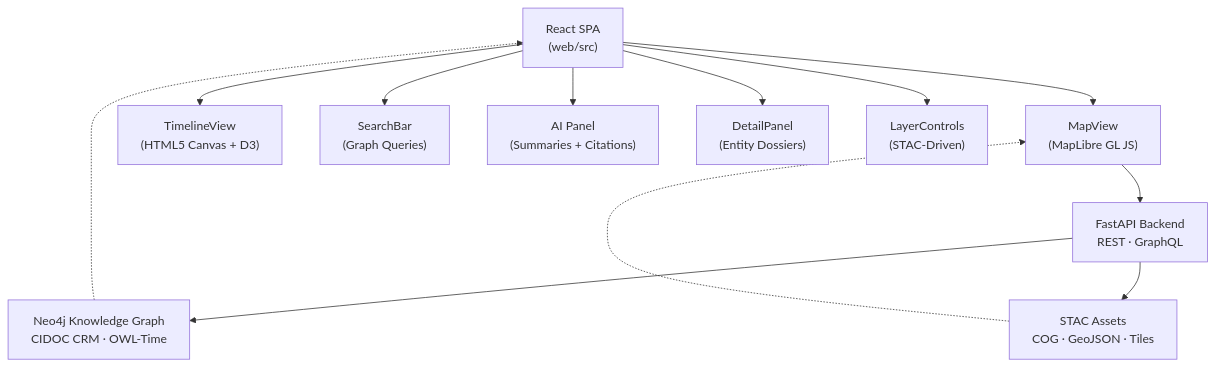
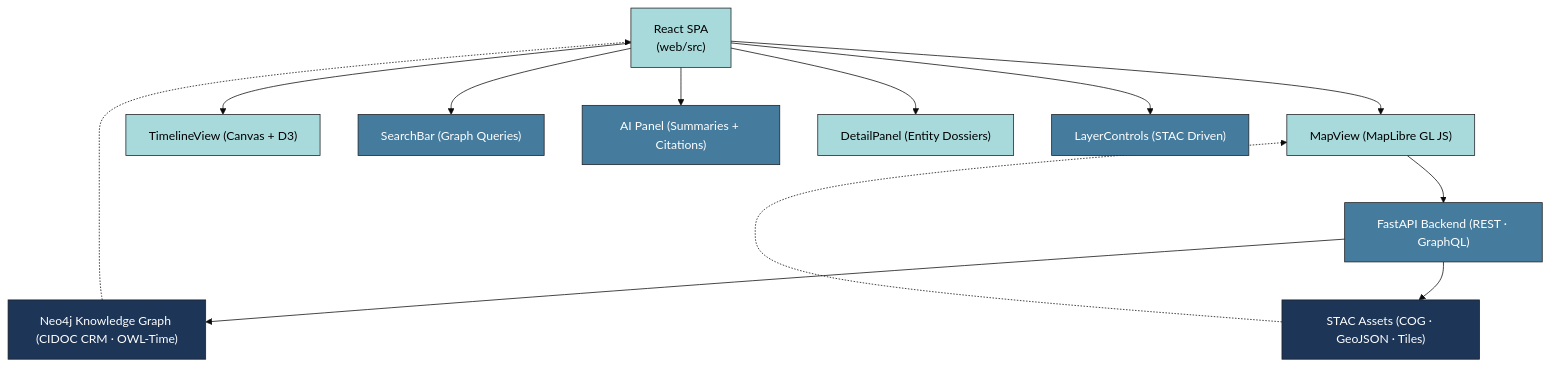
The first of 2 diagrams in web/src/README.md (bartytime4life/Kansas-Frontier-Matrix), drawn with Mermaid before and after one commit. The commit also changed other lines of this file, not shown here.

````diff
--- a/web/src/README.md
+++ b/web/src/README.md
@@ -33,17 +70,18 @@
 ```mermaid
+%%{init: {"theme":"base","themeVariables":{"primaryColor":"#1D3557","primaryTextColor":"#fff"}}}%%
 flowchart TD
-  A["React SPA<br/>(web/src)"] --> B["MapView<br/>(MapLibre GL JS)"]
-  A --> C["TimelineView<br/>(HTML5 Canvas + D3)"]
-  A --> D["SearchBar<br/>(Graph Queries)"]
-  A --> E["AI Panel<br/>(Summaries + Citations)"]
-  A --> F["DetailPanel<br/>(Entity Dossiers)"]
-  A --> G["LayerControls<br/>(STAC-Driven)"]
-
-  B --> H["FastAPI Backend<br/>REST · GraphQL"]
-  H --> I["Neo4j Knowledge Graph<br/>CIDOC CRM · OWL-Time"]
-  H --> J["STAC Assets<br/>COG · GeoJSON · Tiles"]
-
+  A["React SPA<br/>(web/src)"]:::ui --> B["MapView (MapLibre GL JS)"]:::ui
+  A --> C["TimelineView (Canvas + D3)"]:::ui
+  A --> D["SearchBar (Graph Queries)"]:::logic
+  A --> E["AI Panel (Summaries + Citations)"]:::logic
+  A --> F["DetailPanel (Entity Dossiers)"]:::ui
+  A --> G["LayerControls (STAC Driven)"]:::logic
+  B --> H["FastAPI Backend (REST · GraphQL)"]:::logic
+  H --> I["Neo4j Knowledge Graph (CIDOC CRM · OWL-Time)"]:::data
+  H --> J["STAC Assets (COG · GeoJSON · Tiles)"]:::data
   I -.-> A
   J -.-> B
-%% END OF MERMAID
+  classDef data fill:#1D3557,color:#fff;
+  classDef logic fill:#457B9D,color:#fff;
+  classDef ui fill:#A8DADC,color:#000;
 ```
````
